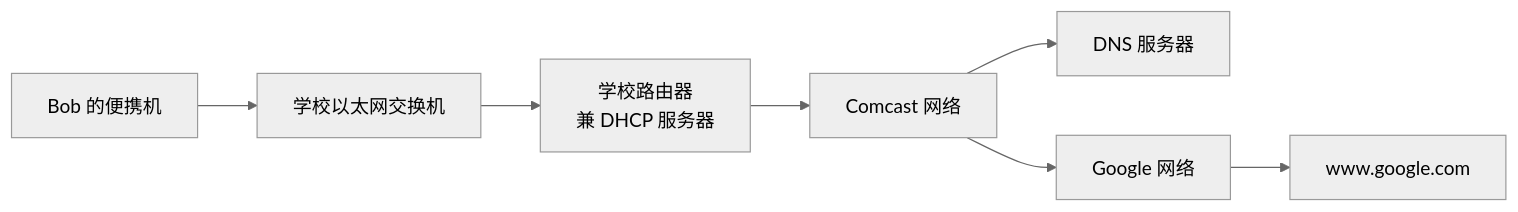
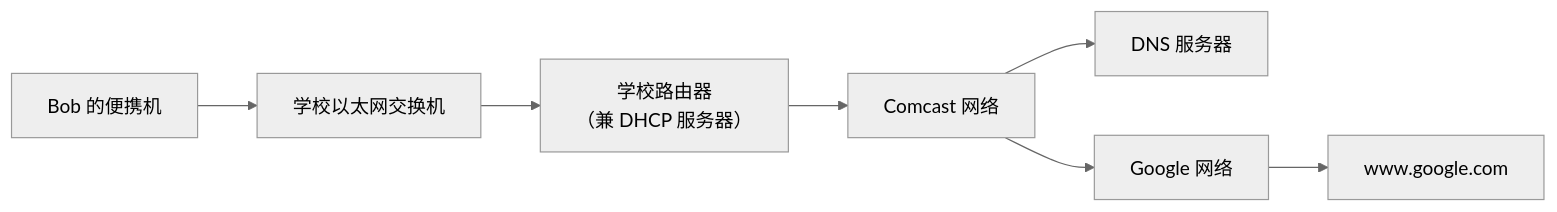
Diagram 12 of 13 in src/content/posts/链路层和局域网.md (Meer-Matze/Meer-Matze.github.io), drawn with Mermaid (neutral theme) before and after one commit. The commit also changed other lines of this file, not shown here.

````diff
--- a/src/content/posts/链路层和局域网.md
+++ b/src/content/posts/链路层和局域网.md
@@ -1115,6 +1168,6 @@
 ```mermaid
 flowchart LR
-    BOB["Bob 的便携机"] --> SW["学校以太网交换机"] --> GW["学校路由器<br/>兼 DHCP 服务器"] --> ISP["Comcast 网络"]
-    ISP --> DNS["DNS 服务器"]
-    ISP --> GOOG["Google 网络"] --> WEB["www.google.com"]
+BOB["Bob 的便携机"] --> SW["学校以太网交换机"] --> GW["学校路由器<br/>（兼 DHCP 服务器）"] --> ISP["Comcast 网络"]
+ISP --> DNS["DNS 服务器"]
+ISP --> GOOG["Google 网络"] --> WEB["www.google.com"]
 ```
````
